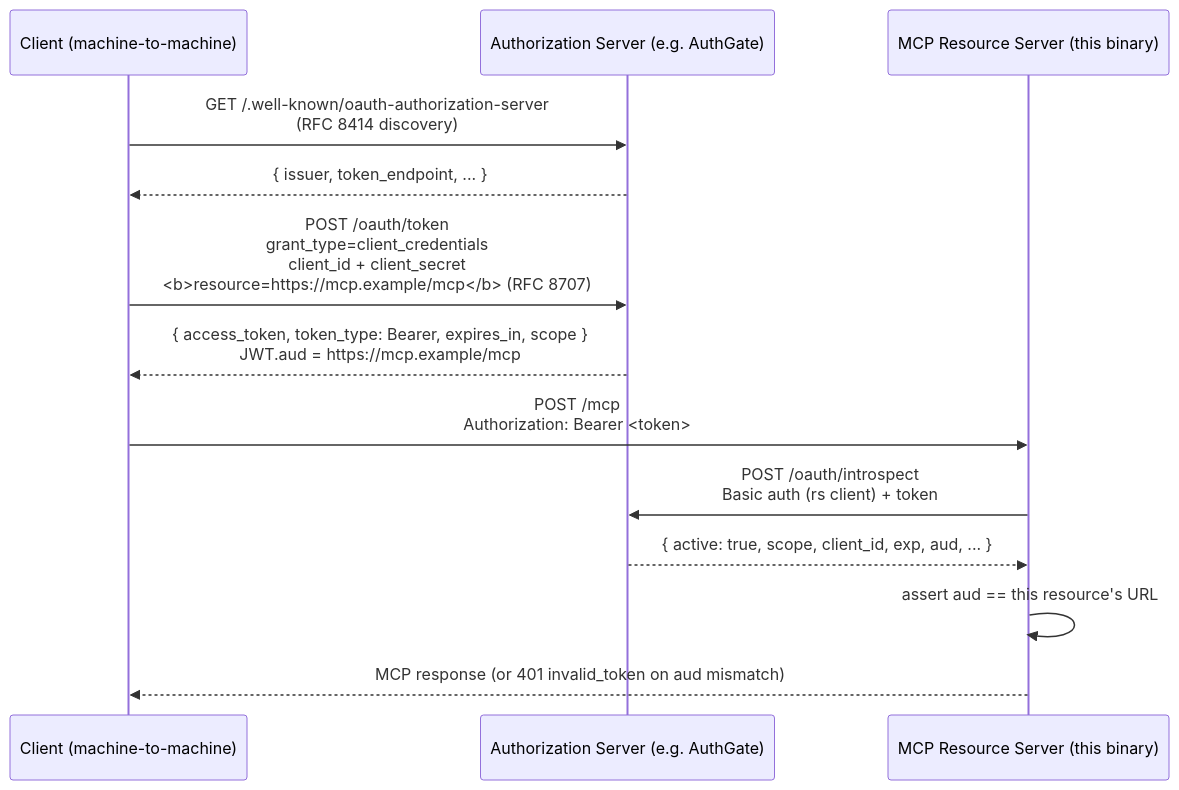
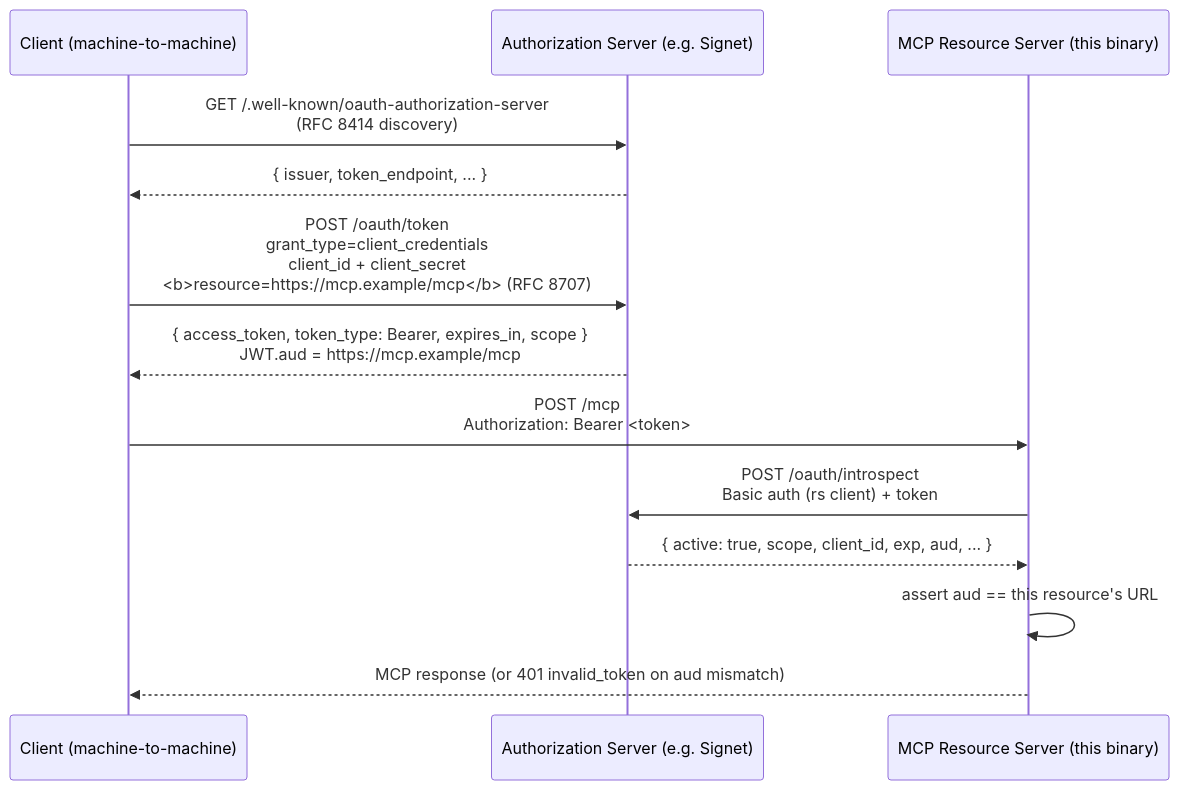
One commit to go-training/mcp-workshop changed the diagram in 03-oauth-mcp/client-credentials/README.md. Above: the diagram before and after it, drawn with Mermaid. The commit also changed other lines of this file and 24 other files, not shown here.

First line of the commit message:
refactor(oauth-mcp): rename AuthGate to Signet across samples (#5)

````diff
--- a/03-oauth-mcp/client-credentials/README.md
+++ b/03-oauth-mcp/client-credentials/README.md
@@ -20,18 +20,18 @@
 ```mermaid
 sequenceDiagram
     participant C as Client (machine-to-machine)
-    participant AS as Authorization Server (e.g. AuthGate)
+    participant AS as Authorization Server (e.g. Signet)
     participant RS as MCP Resource Server (this binary)
 
     C->>AS: GET /.well-known/oauth-authorization-server<br/>(RFC 8414 discovery)
     AS-->>C: { issuer, token_endpoint, ... }
 
     C->>AS: POST /oauth/token<br/>grant_type=client_credentials<br/>client_id + client_secret<br/><b>resource=https://mcp.example/mcp</b> (RFC 8707)
     AS-->>C: { access_token, token_type: Bearer, expires_in, scope }<br/>JWT.aud = https://mcp.example/mcp
 
     C->>RS: POST /mcp<br/>Authorization: Bearer <token>
     RS->>AS: POST /oauth/introspect<br/>Basic auth (rs client) + token
     AS-->>RS: { active: true, scope, client_id, exp, aud, ... }
     RS->>RS: assert aud == this resource's URL
     RS-->>C: MCP response (or 401 invalid_token on aud mismatch)
 ```
````
